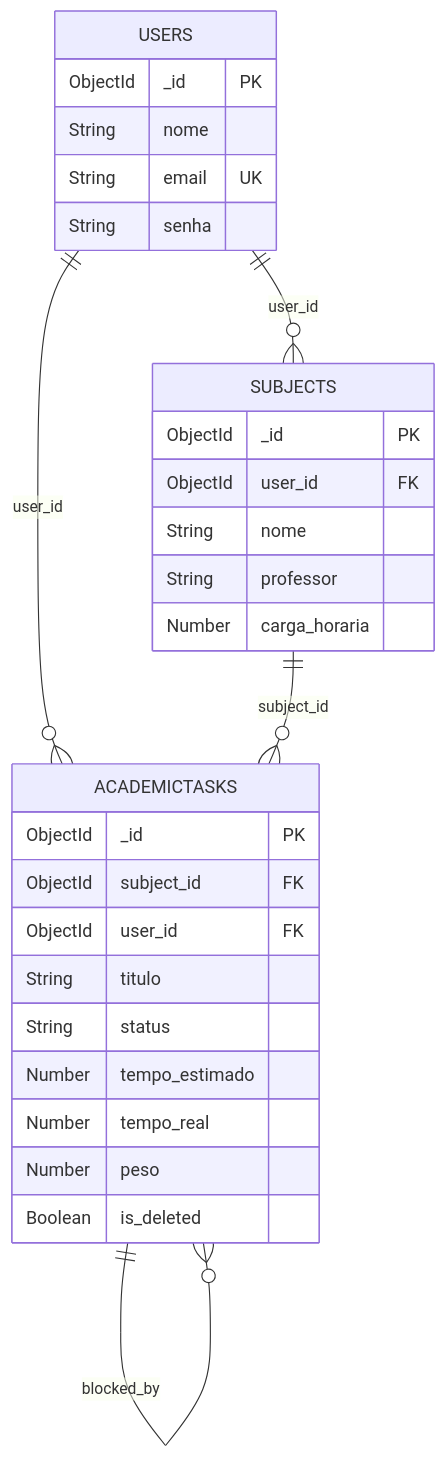
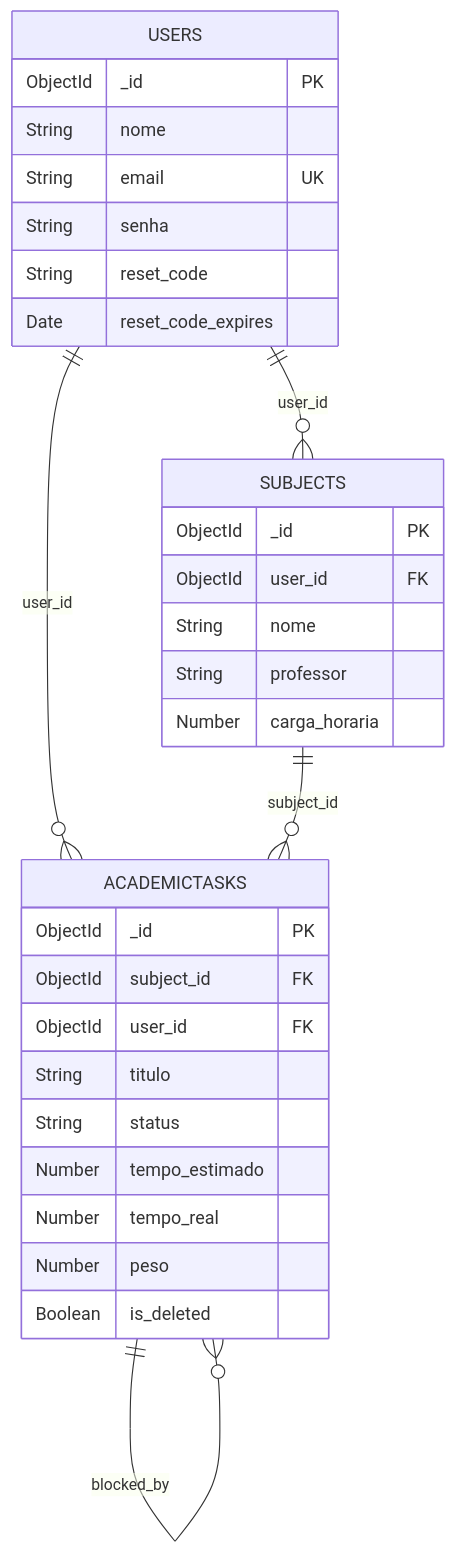
The second of 6 diagrams in openspec/specs/especificacao_tecnica.md (joaovieira0087/edutrack-ai), drawn with Mermaid before and after one commit. The commit also changed other lines of this file and 15 other files, not shown here.

````diff
--- a/openspec/specs/especificacao_tecnica.md
+++ b/openspec/specs/especificacao_tecnica.md
@@ -197,34 +199,36 @@
 ```mermaid
 erDiagram
     USERS ||--o{ SUBJECTS : "user_id"
     USERS ||--o{ ACADEMICTASKS : "user_id"
     SUBJECTS ||--o{ ACADEMICTASKS : "subject_id"
     ACADEMICTASKS ||--o{ ACADEMICTASKS : "blocked_by"
 
     USERS {
         ObjectId _id PK
         String nome
         String email UK
         String senha
+        String reset_code
+        Date reset_code_expires
     }
 
     SUBJECTS {
         ObjectId _id PK
         ObjectId user_id FK
         String nome
         String professor
         Number carga_horaria
     }
 
     ACADEMICTASKS {
         ObjectId _id PK
         ObjectId subject_id FK
         ObjectId user_id FK
         String titulo
         String status
         Number tempo_estimado
         Number tempo_real
         Number peso
         Boolean is_deleted
     }
 ```
````
